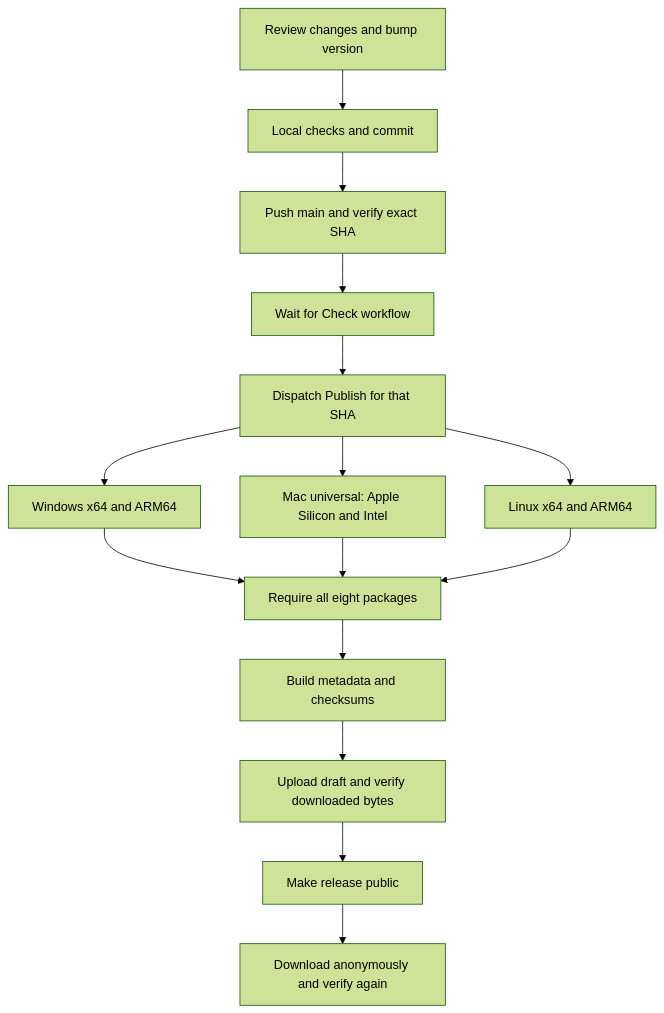
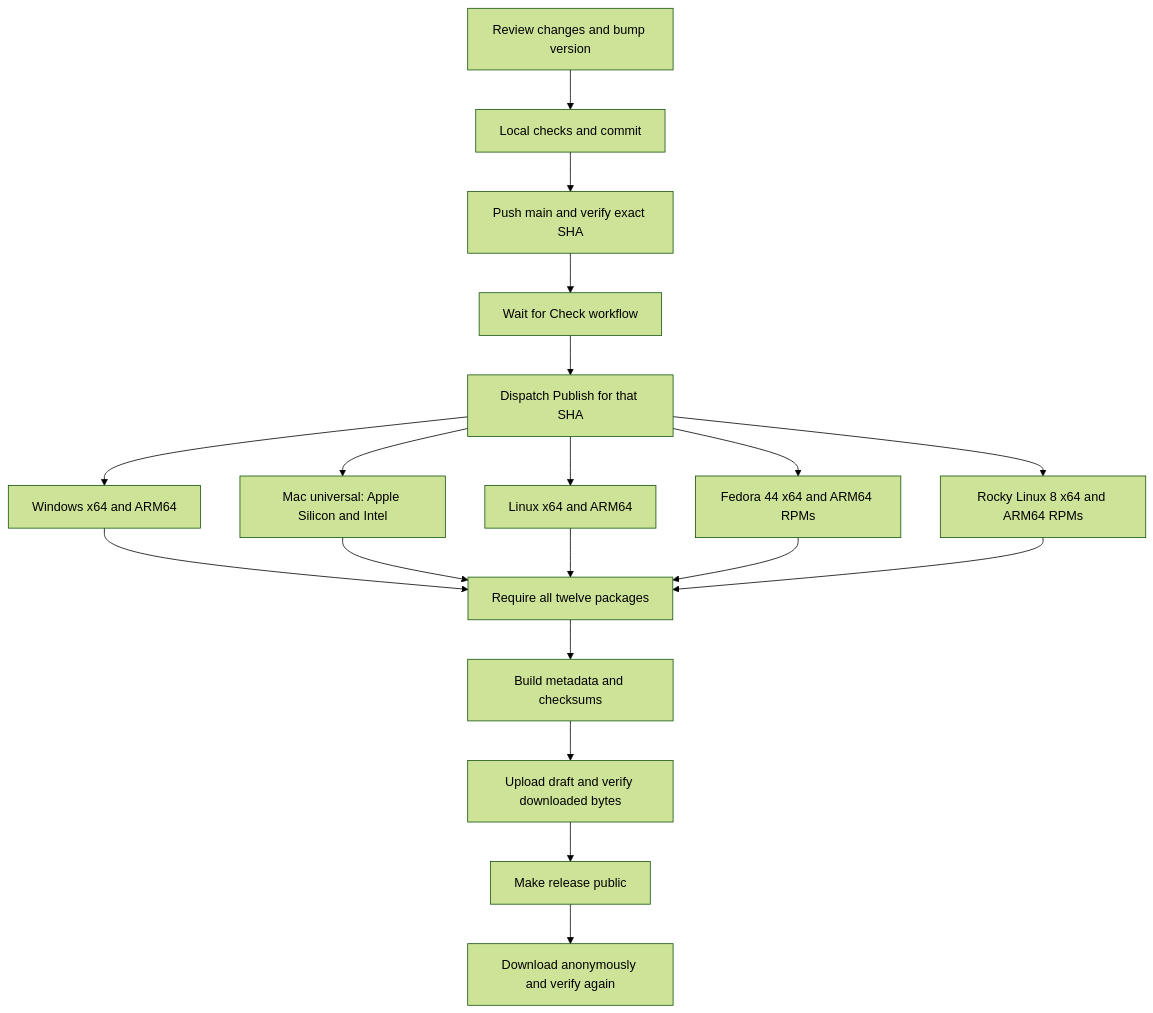
One commit to bryancolvinfilm-bot/cult-copy changed the diagram in publish.md. Above: the diagram before and after it, drawn with Mermaid (forest theme). The commit also changed other lines of this file and 26 other files, not shown here.

Commit message:
Release 0.1.5: folders, Linux desktop fixes, and distro RPMs

````diff
--- a/publish.md
+++ b/publish.md
@@ -148,17 +180,21 @@
 ```mermaid
 flowchart TD
   A[Review changes and bump version] --> B[Local checks and commit]
   B --> C[Push main and verify exact SHA]
   C --> D[Wait for Check workflow]
   D --> E[Dispatch Publish for that SHA]
   E --> F[Windows x64 and ARM64]
   E --> G[Mac universal: Apple Silicon and Intel]
   E --> H[Linux x64 and ARM64]
-  F --> I[Require all eight packages]
+  E --> N[Fedora 44 x64 and ARM64 RPMs]
+  E --> O[Rocky Linux 8 x64 and ARM64 RPMs]
+  F --> I[Require all twelve packages]
   G --> I
   H --> I
+  N --> I
+  O --> I
   I --> J[Build metadata and checksums]
   J --> K[Upload draft and verify downloaded bytes]
   K --> L[Make release public]
   L --> M[Download anonymously and verify again]
 ```
````
